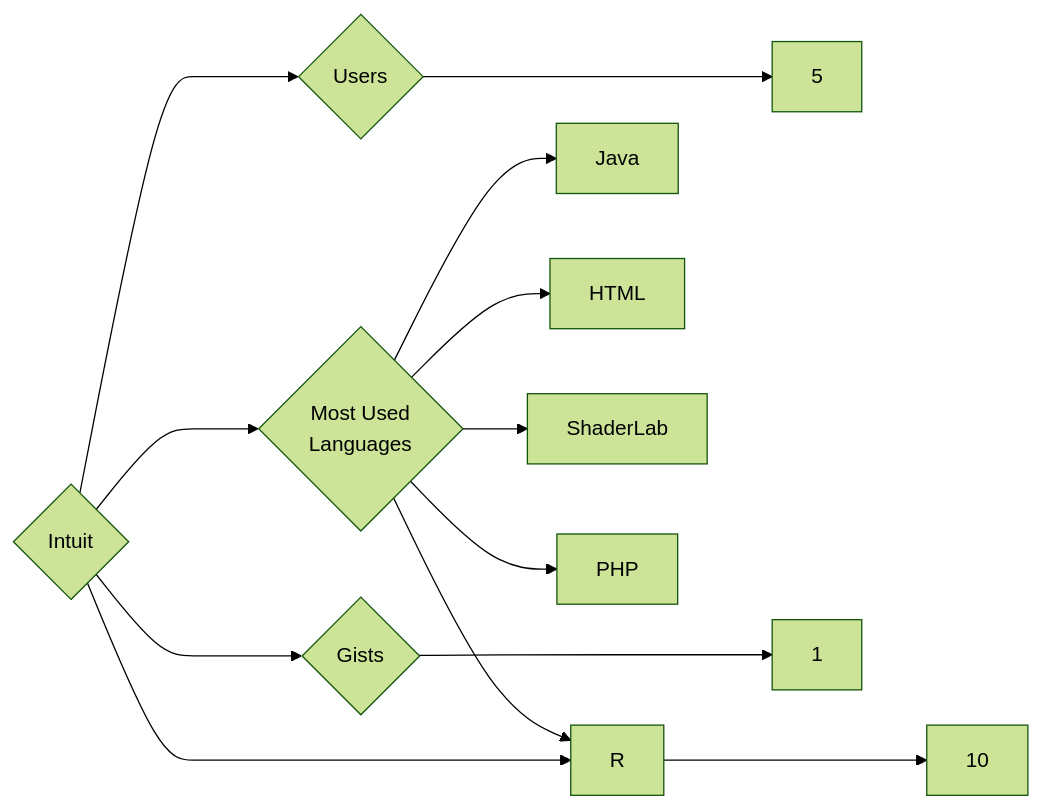
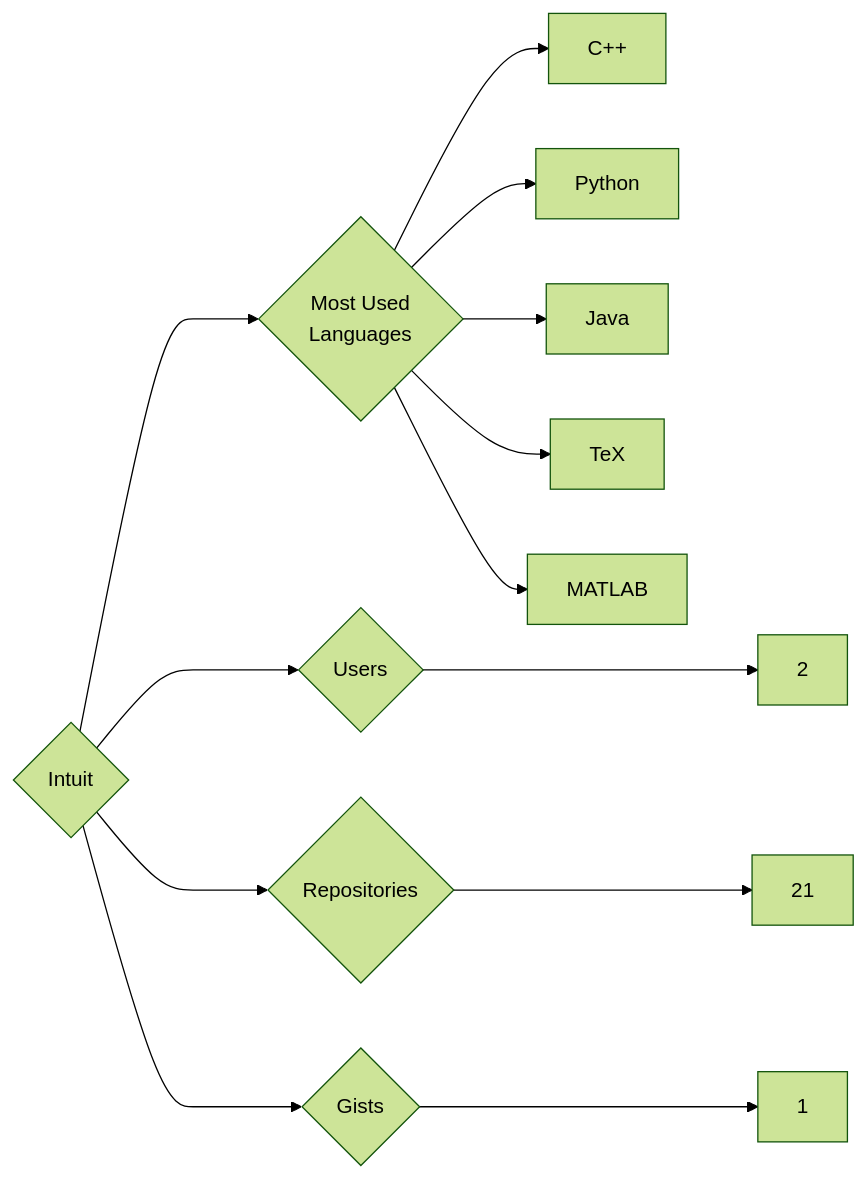
One commit to trickest/insiders changed the diagram in targets/Intuit/README.md. Above: the diagram before and after it, drawn with Mermaid (forest theme). The commit also changed 865 other files, not shown here.

````diff
--- a/targets/Intuit/README.md
+++ b/targets/Intuit/README.md
@@ -3,13 +3,13 @@
 ```mermaid
 graph LR
 COMPANY_NAME{Intuit}
-COMPANY_NAME ---> U{Users} ---> UN[5]
-COMPANY_NAME ---> R{Repositories} ---> RN[10]
+COMPANY_NAME ---> U{Users} ---> UN[2]
+COMPANY_NAME ---> R{Repositories} ---> RN[21]
 COMPANY_NAME ---> G{Gists} ---> GN[1]
 COMPANY_NAME ---> ML{Most Used<br>Languages}
+ML --> C++[C++]
+ML --> Python[Python]
 ML --> Java[Java]
-ML --> HTML[HTML]
-ML --> ShaderLab[ShaderLab]
-ML --> R[R]
-ML --> PHP[PHP]
+ML --> TeX[TeX]
+ML --> MATLAB[MATLAB]
 ```
````
